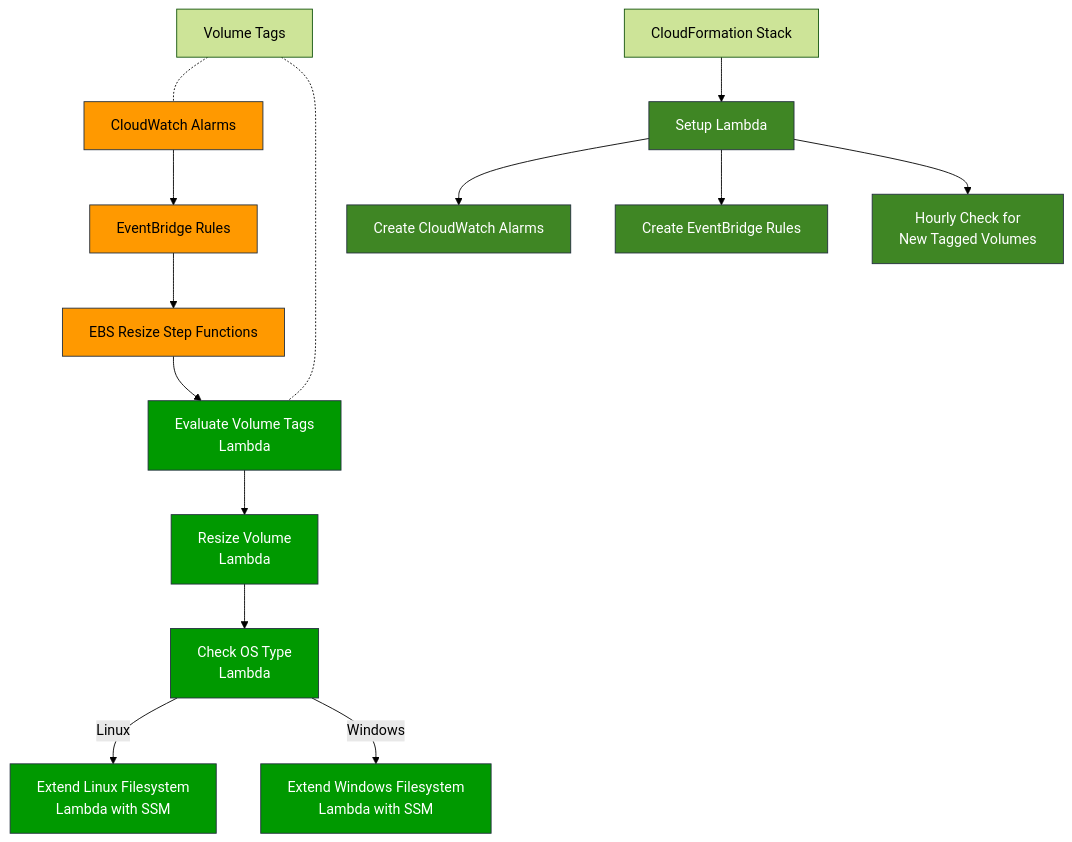
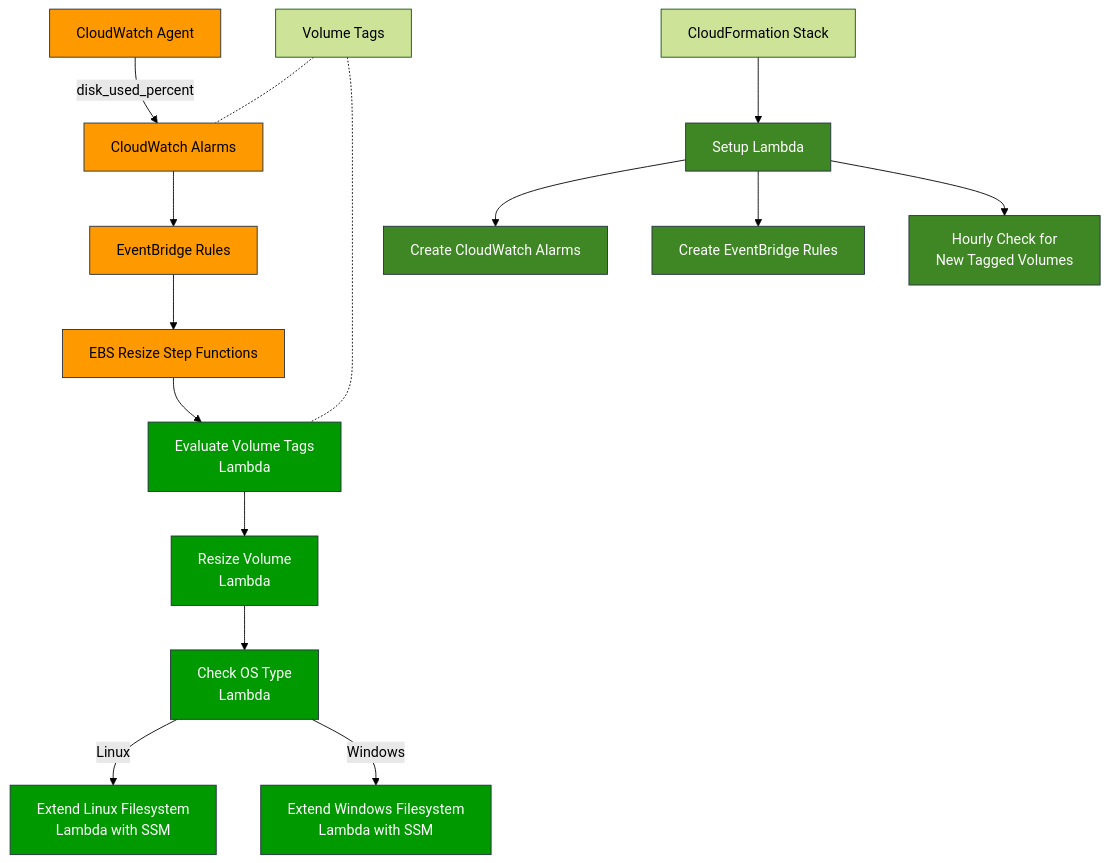
The first of 2 diagrams in README.md (ascoarchitect/ebs-volume-resize), drawn with Mermaid (forest theme) before and after one commit. The commit also changed other lines of this file and 1 other file, not shown here.

````diff
--- a/README.md
+++ b/README.md
@@ -34,30 +35,33 @@
 ```mermaid
 flowchart TD
     %% Define components
     CloudWatch[CloudWatch Alarms] --> EventBridge[EventBridge Rules]
     EventBridge --> StepFunction[EBS Resize Step Functions]
     StepFunction --> EvaluateVolume[Evaluate Volume Tags\nLambda]
     EvaluateVolume --> ResizeVolume[Resize Volume\nLambda]
     ResizeVolume --> CheckOS[Check OS Type\nLambda]
     CheckOS --> |Linux| LinuxExtend[Extend Linux Filesystem\nLambda with SSM]
     CheckOS --> |Windows| WindowsExtend[Extend Windows Filesystem\nLambda with SSM]
     
     %% Define tagging system
     Tags[Volume Tags] -.- CloudWatch
     Tags -.- EvaluateVolume
     
     %% Define alarm setup
     Stack[CloudFormation Stack] --> SetupLambda[Setup Lambda]
     SetupLambda --> AlarmCreation[Create CloudWatch Alarms]
     SetupLambda --> RuleCreation[Create EventBridge Rules]
     SetupLambda --> PeriodicCheck[Hourly Check for\nNew Tagged Volumes]
     
+    %% Define data flow
+    CloudWatchAgent[CloudWatch Agent] --> |disk_used_percent| CloudWatch
+    
     %% Define styling
     classDef aws fill:#FF9900,stroke:#232F3E,color:black;
     classDef lambda fill:#009900,stroke:#232F3E,color:white;
     classDef setup fill:#3F8624,stroke:#232F3E,color:white;
     
-    class CloudWatch,EventBridge,StepFunction aws;
+    class CloudWatch,EventBridge,StepFunction,CloudWatchAgent aws;
     class EvaluateVolume,ResizeVolume,CheckOS,LinuxExtend,WindowsExtend lambda;
     class SetupLambda,AlarmCreation,RuleCreation,PeriodicCheck setup;
 ```
````
